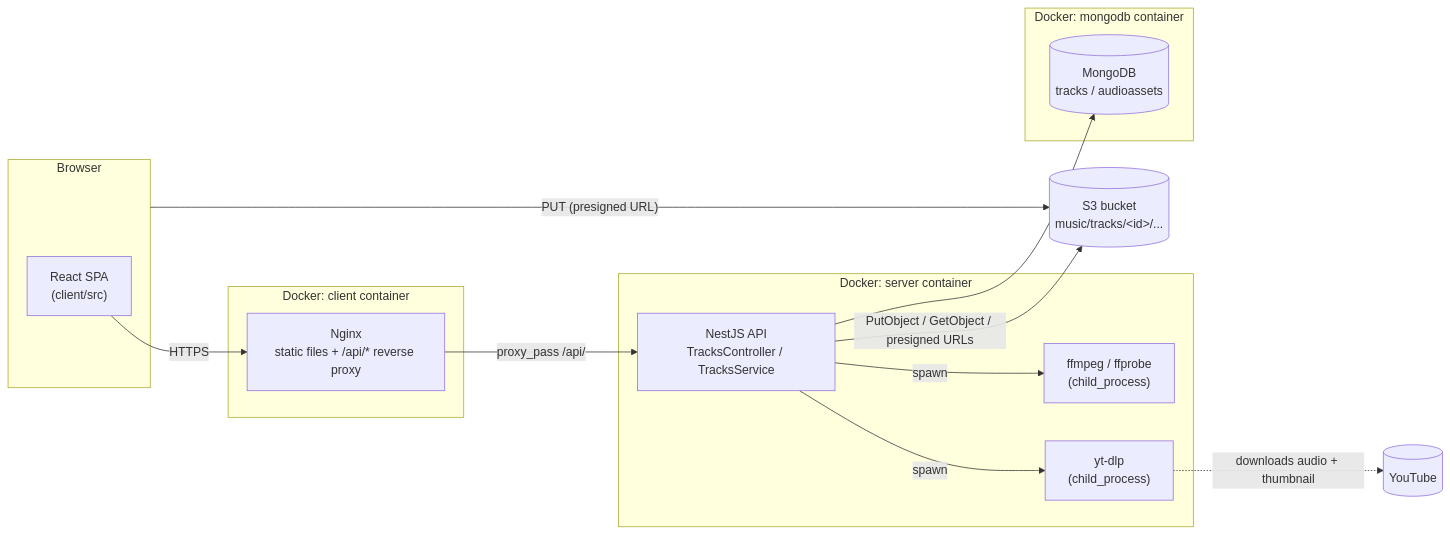
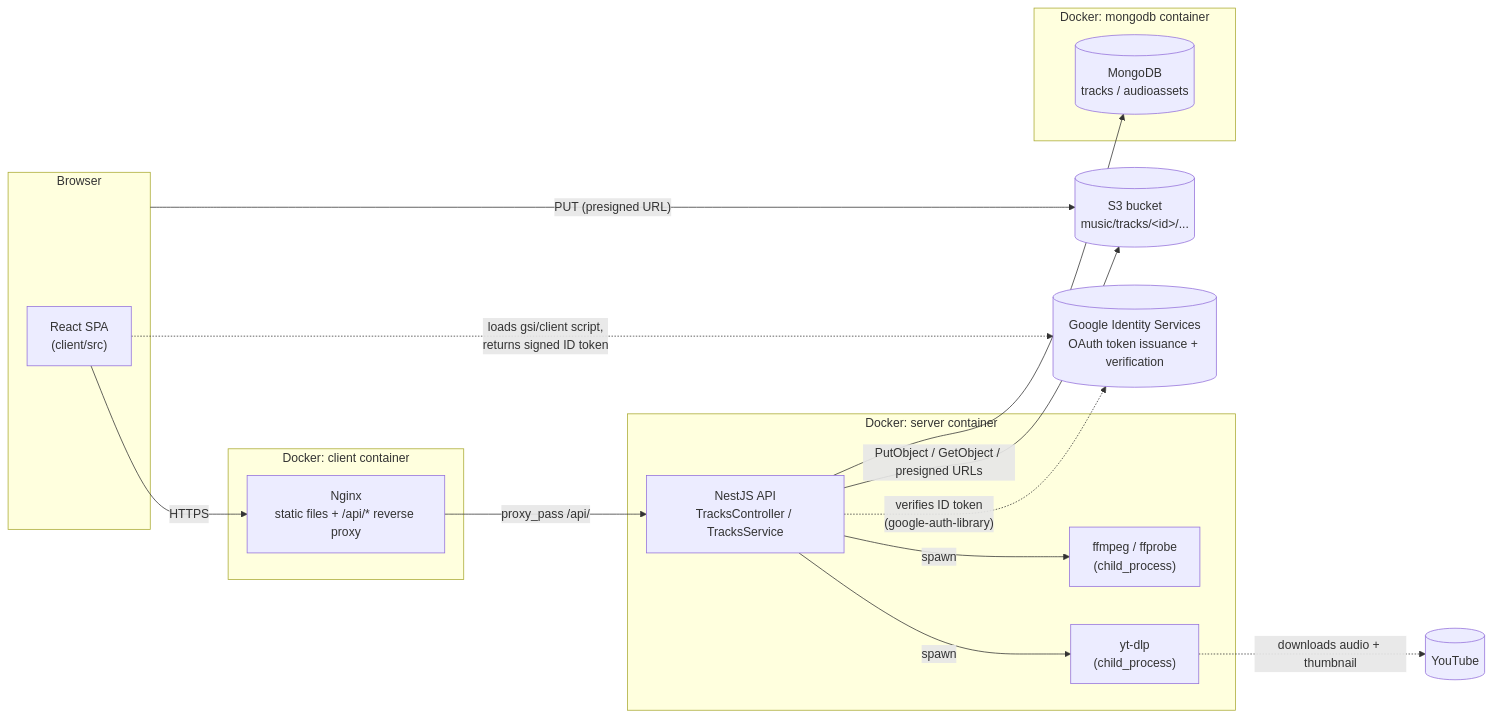
One commit to Lakshya-Saini/Music-Streaming-App changed the first of 6 diagrams in docs/v1/ARCHITECTURE.md. Above: the diagram before and after it, drawn with Mermaid. The commit also changed other lines of this file and 9 other files, not shown here.

````diff
--- a/docs/v1/ARCHITECTURE.md
+++ b/docs/v1/ARCHITECTURE.md
@@ -7,31 +7,34 @@
 ```mermaid
 flowchart LR
     subgraph Browser
         UI["React SPA<br/>(client/src)"]
     end
 
     subgraph "Docker: client container"
         NGINX["Nginx<br/>static files + /api/* reverse proxy"]
     end
 
     subgraph "Docker: server container"
         API["NestJS API<br/>TracksController / TracksService"]
         FFMPEG["ffmpeg / ffprobe<br/>(child_process)"]
         YTDLP["yt-dlp<br/>(child_process)"]
     end
 
     subgraph "Docker: mongodb container"
         MONGO[("MongoDB<br/>tracks / audioassets")]
     end
 
     S3[("S3 bucket<br/>music/tracks/&lt;id&gt;/...")]
+    GOOGLE[("Google Identity Services<br/>OAuth token issuance + verification")]
 
     UI -- "HTTPS" --> NGINX
     NGINX -- "proxy_pass /api/" --> API
     API --> MONGO
     API -- "PutObject / GetObject / presigned URLs" --> S3
     API -- spawn --> FFMPEG
     API -- spawn --> YTDLP
     YTDLP -. "downloads audio + thumbnail" .-> Internet[("YouTube")]
     Browser -- "PUT (presigned URL)" --> S3
+    UI -. "loads gsi/client script,\nreturns signed ID token" .-> GOOGLE
+    API -. "verifies ID token\n(google-auth-library)" .-> GOOGLE
 ```
````
